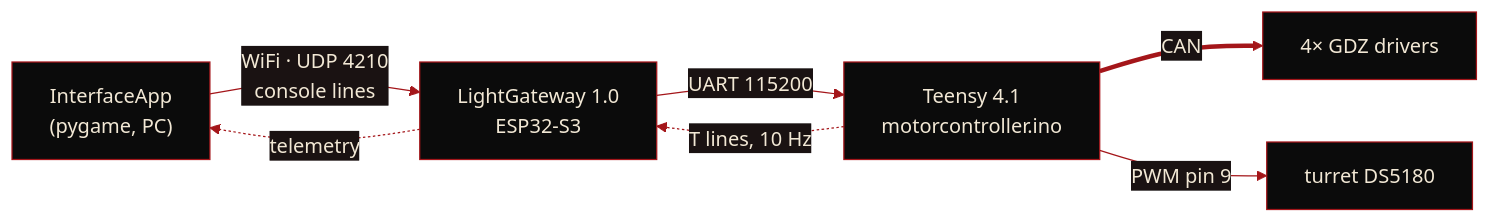
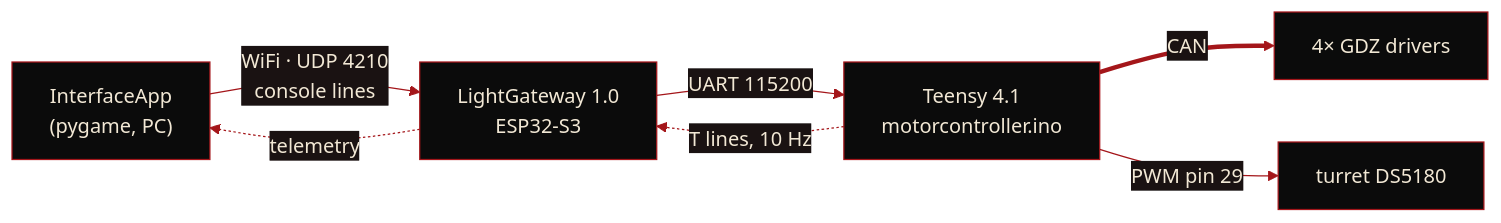
One commit to RoboBadgersRomania/TwinArm changed the fourth of 4 diagrams in README.md. Above: the diagram before and after it, drawn with Mermaid. The commit also changed other lines of this file and 7 other files, not shown here.

````diff
--- a/README.md
+++ b/README.md
@@ -431,10 +435,10 @@
 ```mermaid
 %%{init: {"theme": "base", "themeVariables": {"fontFamily": "Segoe UI, Helvetica, Arial, sans-serif", "primaryColor": "#0B0B0B", "primaryTextColor": "#F2E8D5", "primaryBorderColor": "#A4161A", "lineColor": "#A4161A", "textColor": "#F2E8D5", "edgeLabelBackground": "#1A1212"}}}%%
 flowchart LR
   APP["InterfaceApp<br/>(pygame, PC)"] -- "WiFi · UDP 4210<br/>console lines" --> GW["LightGateway 1.0<br/>ESP32-S3"]
   GW -- "UART 115200" --> T41["Teensy 4.1<br/>motorcontroller.ino"]
   T41 -. "T lines, 10 Hz" .-> GW
   GW -. "telemetry" .-> APP
   T41 == CAN ==> ACT["4× GDZ drivers"]
-  T41 -- "PWM pin 9" --> TUR["turret DS5180"]
+  T41 -- "PWM pin 29" --> TUR["turret DS5180"]
 ```
````
